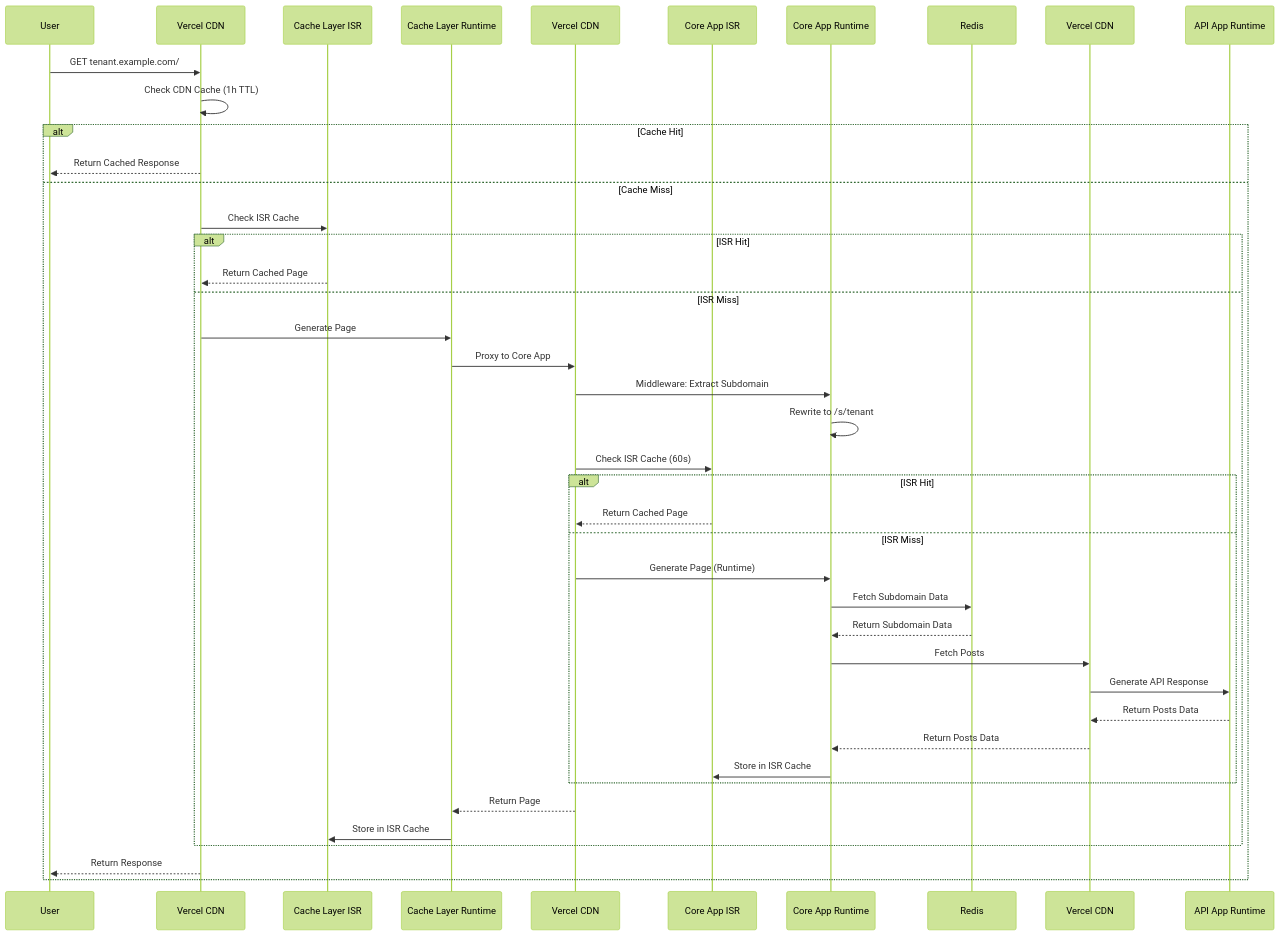
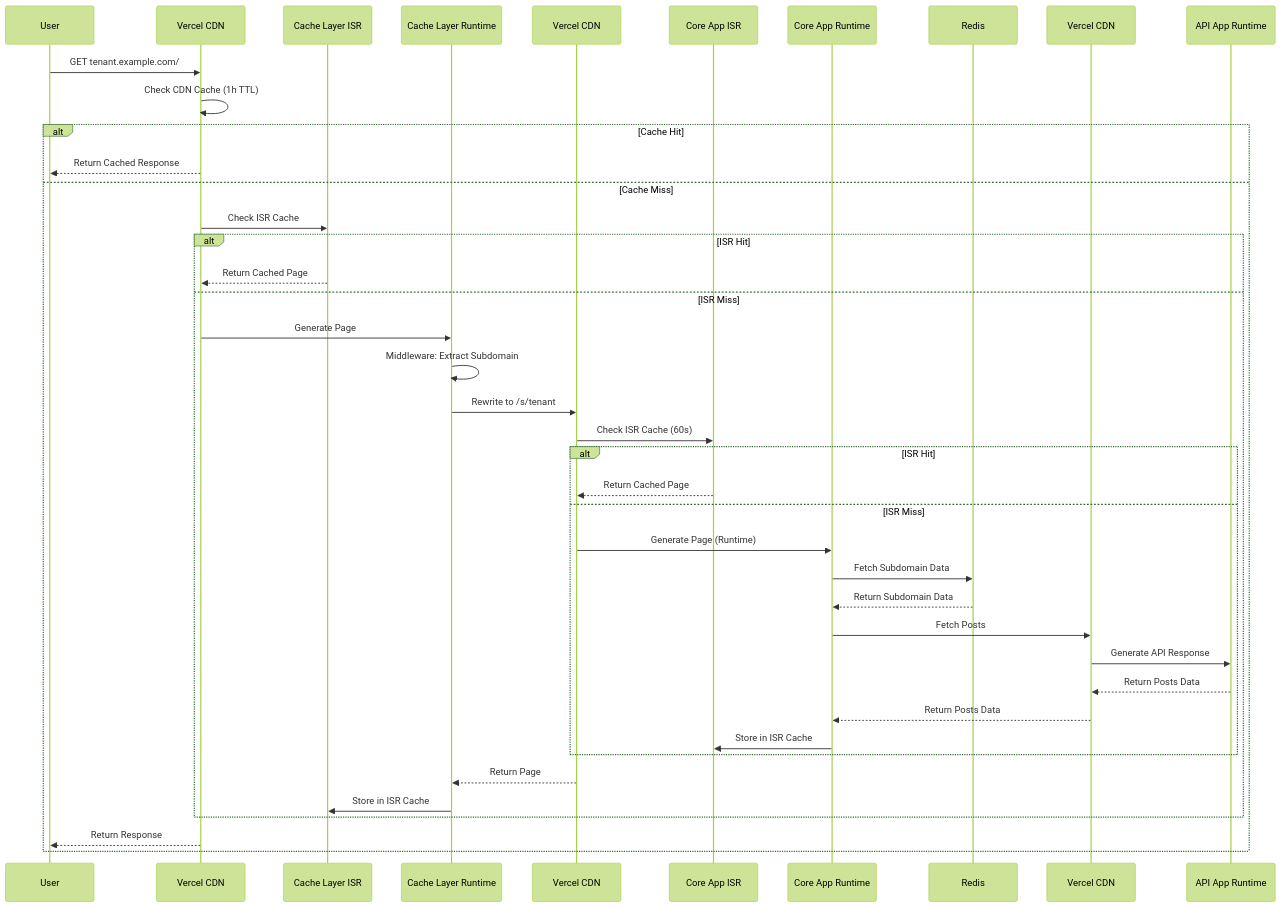
Before and after one commit to vercel-labs/isr-platform-shield: the third of 5 diagrams in docs/ARCHITECTURE.md, drawn with Mermaid (forest theme). The commit also changed other lines of this file and 2 other files, not shown here.

````diff
--- a/docs/ARCHITECTURE.md
+++ b/docs/ARCHITECTURE.md
@@ -44,45 +80,44 @@
 ```mermaid
 sequenceDiagram
     participant U as User
     participant VCL as Vercel CDN
     participant VCL_ISR as Cache Layer ISR
     participant VCL_RT as Cache Layer Runtime
     participant VCA as Vercel CDN
     participant VCA_ISR as Core App ISR
     participant VCA_RT as Core App Runtime
     participant R as Redis
     participant VAPI as Vercel CDN
     participant VAPI_RT as API App Runtime
 
     U->>VCL: GET tenant.example.com/
     VCL->>VCL: Check CDN Cache (1h TTL)
     alt Cache Hit
         VCL-->>U: Return Cached Response
     else Cache Miss
         VCL->>VCL_ISR: Check ISR Cache
         alt ISR Hit
             VCL_ISR-->>VCL: Return Cached Page
         else ISR Miss
             VCL->>VCL_RT: Generate Page
-            VCL_RT->>VCA: Proxy to Core App
-            VCA->>VCA_RT: Middleware: Extract Subdomain
-            VCA_RT->>VCA_RT: Rewrite to /s/tenant
+            VCL_RT->>VCL_RT: Middleware: Extract Subdomain
+            VCL_RT->>VCA: Rewrite to /s/tenant
             VCA->>VCA_ISR: Check ISR Cache (60s)
             alt ISR Hit
                 VCA_ISR-->>VCA: Return Cached Page
             else ISR Miss
                 VCA->>VCA_RT: Generate Page (Runtime)
                 VCA_RT->>R: Fetch Subdomain Data
                 R-->>VCA_RT: Return Subdomain Data
                 VCA_RT->>VAPI: Fetch Posts
                 VAPI->>VAPI_RT: Generate API Response
                 VAPI_RT-->>VAPI: Return Posts Data
                 VAPI-->>VCA_RT: Return Posts Data
                 VCA_RT->>VCA_ISR: Store in ISR Cache
             end
             VCA-->>VCL_RT: Return Page
             VCL_RT->>VCL_ISR: Store in ISR Cache
         end
         VCL-->>U: Return Response
     end
 ```
````
